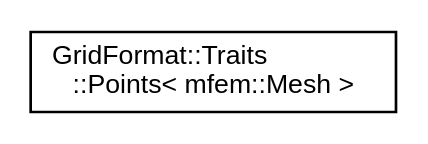
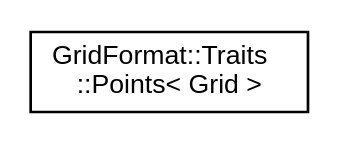
Before and after one commit to dglaeser/gridformat: the diagram in inherit_graph_91.dot, drawn with Graphviz. The commit also changed 337 other files, not shown here.

```diff
--- a/inherit_graph_91.dot
+++ b/inherit_graph_91.dot
@@ -1,8 +1,8 @@
 digraph "Graphical Class Hierarchy"
 {
  // LATEX_PDF_SIZE
   edge [fontname="Helvetica",fontsize="10",labelfontname="Helvetica",labelfontsize="10"];
   node [fontname="Helvetica",fontsize="10",shape=record];
   rankdir="LR";
-  Node0 [label="GridFormat::Traits\l::Points\< mfem::Mesh \>",height=0.2,width=0.4,color="black", fillcolor="white", style="filled",URL="$structGridFormat_1_1Traits_1_1Points_3_01mfem_1_1Mesh_01_4.html",tooltip=" "];
+  Node0 [label="GridFormat::Traits\l::Points\< Grid \>",height=0.2,width=0.4,color="black", fillcolor="white", style="filled",URL="$structGridFormat_1_1Traits_1_1Points_3_01Grid_01_4.html",tooltip=" "];
 }
```
